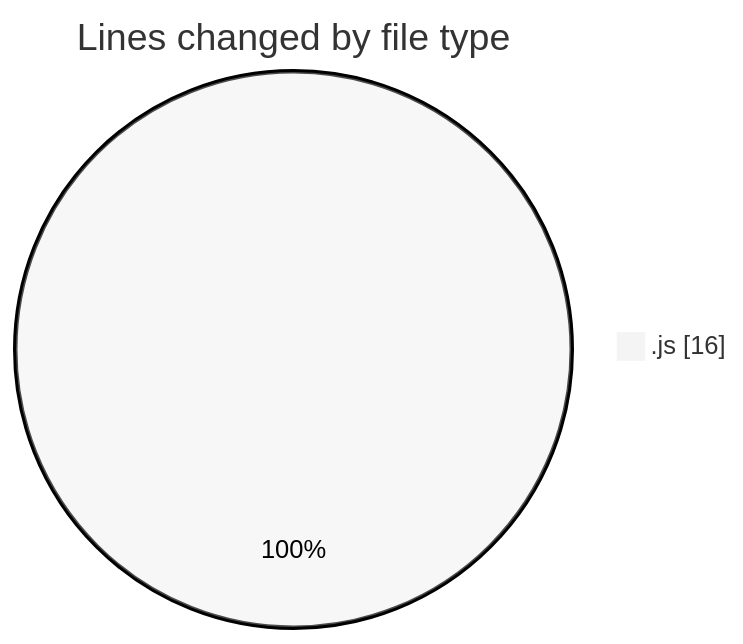
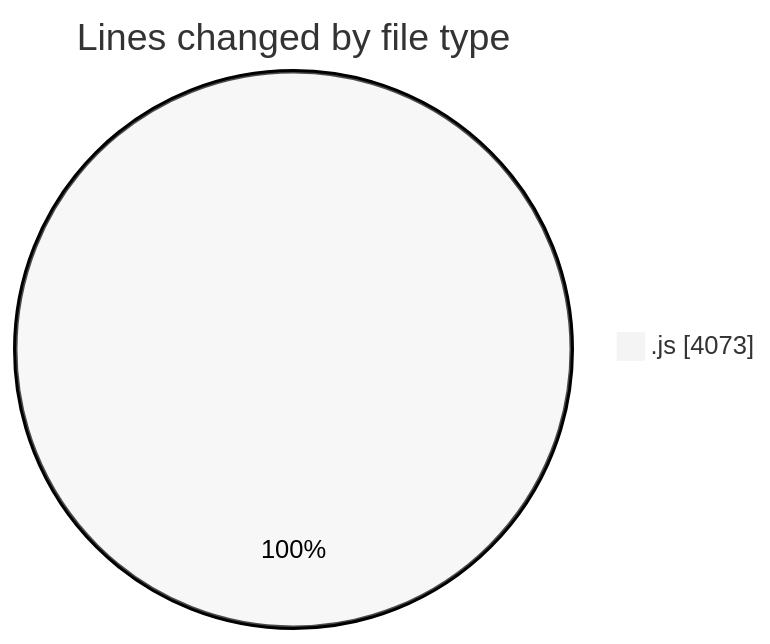
Before and after one commit to nxtqubesakshisongat/code-tracking: the first of 2 diagrams in 2025-12-10/nxtqube_webapp/README.md, drawn with Mermaid (neutral theme). The commit also changed other lines of this file and 1 other file, not shown here.

````diff
--- a/2025-12-10/nxtqube_webapp/README.md
+++ b/2025-12-10/nxtqube_webapp/README.md
@@ -20,5 +20,5 @@
 ```mermaid
 pie showData
 title Lines changed by file type
-".js" : 16
+".js" : 4073
 ```
````
